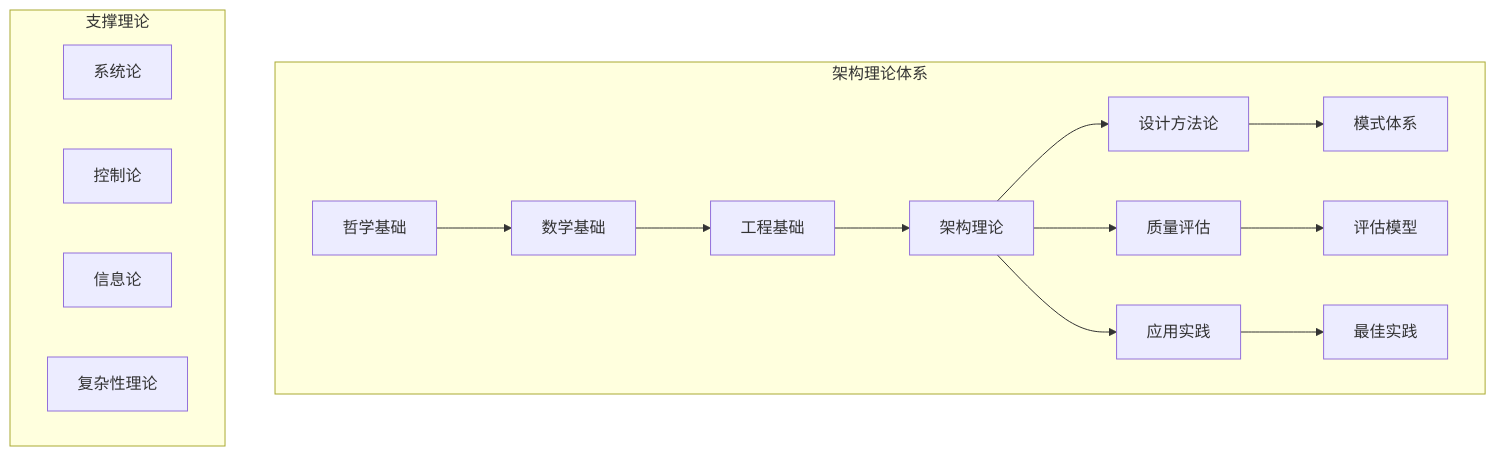
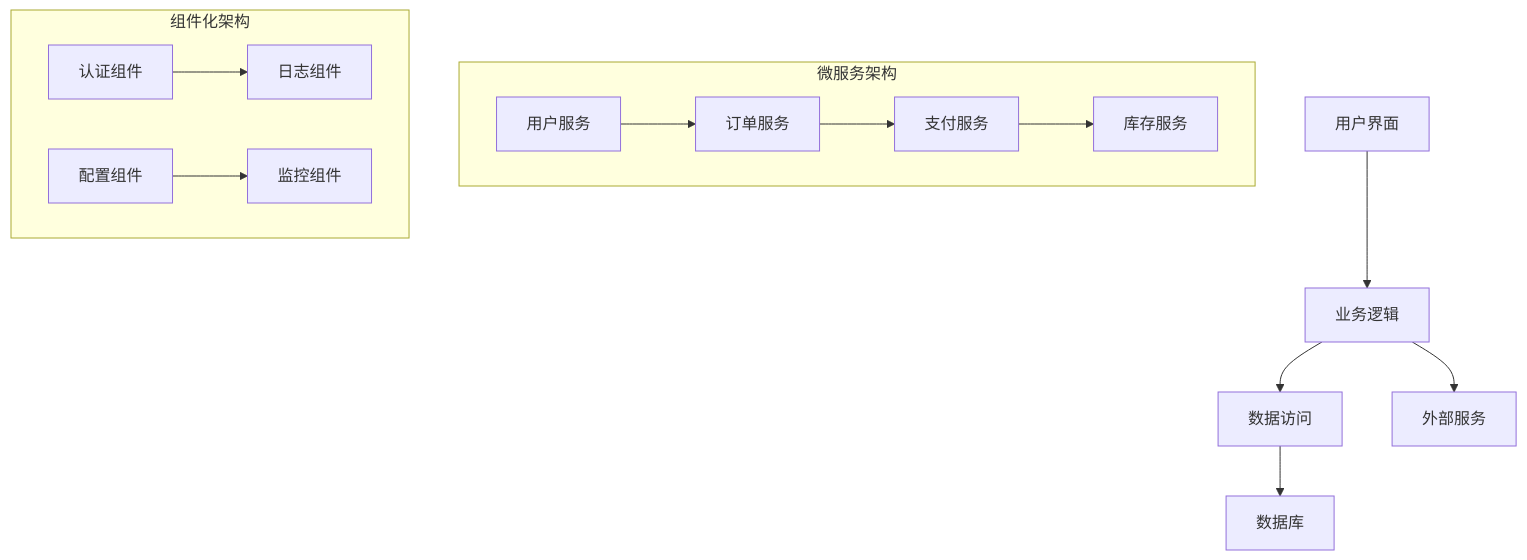
One commit to AdaMartin18010/formal-architecture changed the second of 3 diagrams in Analysis/04-软件架构理论/00-软件架构理论总论.md. Above: the diagram before and after it, drawn with Mermaid. The commit also changed other lines of this file and 1 other file, not shown here.

````diff
--- a/Analysis/04-软件架构理论/00-软件架构理论总论.md
+++ b/Analysis/04-软件架构理论/00-软件架构理论总论.md
@@ -769,23 +855,18 @@
 ```mermaid
 graph TB
-    subgraph "架构理论体系"
-        A[哲学基础] --> B[数学基础]
-        B --> C[工程基础]
-        C --> D[架构理论]
-        
-        D --> E[设计方法论]
-        D --> F[质量评估]
-        D --> G[应用实践]
-        
-        E --> H[模式体系]
-        F --> I[评估模型]
-        G --> J[最佳实践]
+    A[用户界面] --> B[业务逻辑]
+    B --> C[数据访问]
+    C --> D[数据库]
+    B --> E[外部服务]
+    
+    subgraph "微服务架构"
+        F[用户服务] --> G[订单服务]
+        G --> H[支付服务]
+        H --> I[库存服务]
     end
     
-    subgraph "支撑理论"
-        K[系统论]
-        L[控制论]
-        M[信息论]
-        N[复杂性理论]
+    subgraph "组件化架构"
+        J[认证组件] --> K[日志组件]
+        L[配置组件] --> M[监控组件]
     end
 ```
````
